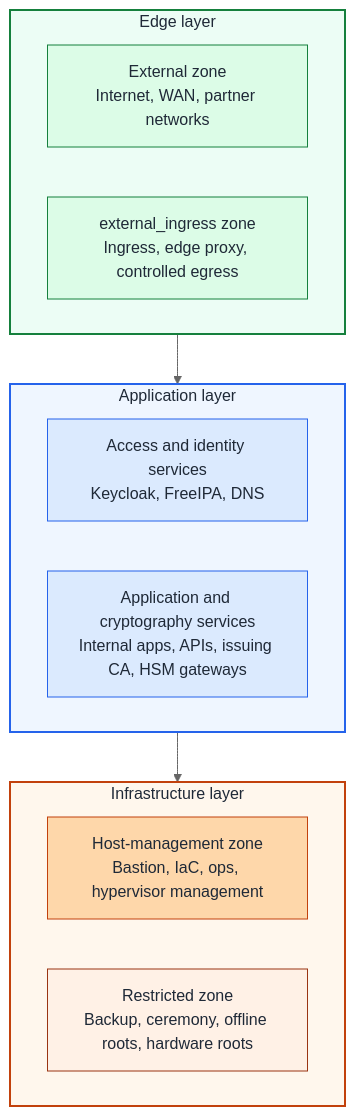
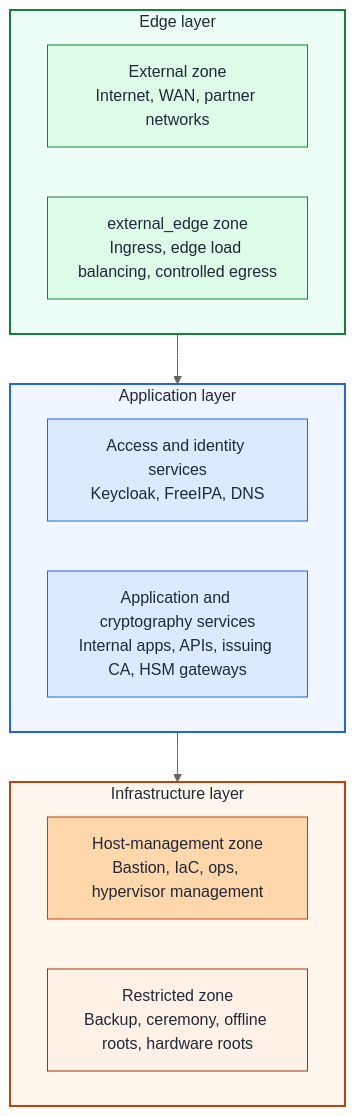
The first of 2 diagrams in docs/architecture/overview.md (Rexus/homelab), drawn with Mermaid (neutral theme) before and after one commit. The commit also changed other lines of this file and 25 other files, not shown here.

````diff
--- a/docs/architecture/overview.md
+++ b/docs/architecture/overview.md
@@ -32,33 +32,33 @@
 ```mermaid
 flowchart TB
   subgraph Edge["Edge layer"]
     E1["External zone<br/>Internet, WAN, partner networks"]
-    E2["external_ingress zone<br/>Ingress, edge proxy, controlled egress"]
+    E2["external_edge zone<br/>Ingress, edge load balancing, controlled egress"]
   end
 
   subgraph App["Application layer"]
     A1["Access and identity services<br/>Keycloak, FreeIPA, DNS"]
     A2["Application and cryptography services<br/>Internal apps, APIs, issuing CA, HSM gateways"]
   end
 
   subgraph Infra["Infrastructure layer"]
     I1["Host-management zone<br/>Bastion, IaC, ops, hypervisor management"]
     I2["Restricted zone<br/>Backup, ceremony, offline roots, hardware roots"]
   end
 
   Edge --> App --> Infra
 
   style Edge fill:#ecfdf5,stroke:#15803d,stroke-width:2px,color:#1f2937
   style App fill:#eff6ff,stroke:#2563eb,stroke-width:2px,color:#1f2937
   style Infra fill:#fff7ed,stroke:#c2410c,stroke-width:2px,color:#1f2937
 
   classDef edgeNode fill:#dcfce7,stroke:#15803d,color:#1f2937
   classDef appNode fill:#dbeafe,stroke:#2563eb,color:#1f2937
   classDef mgmtNode fill:#fed7aa,stroke:#c2410c,color:#1f2937
   classDef restrictedNode fill:#fff1e6,stroke:#9a3412,color:#1f2937
 
   class E1,E2 edgeNode
   class A1,A2 appNode
   class I1 mgmtNode
   class I2 restrictedNode
 ```
````
